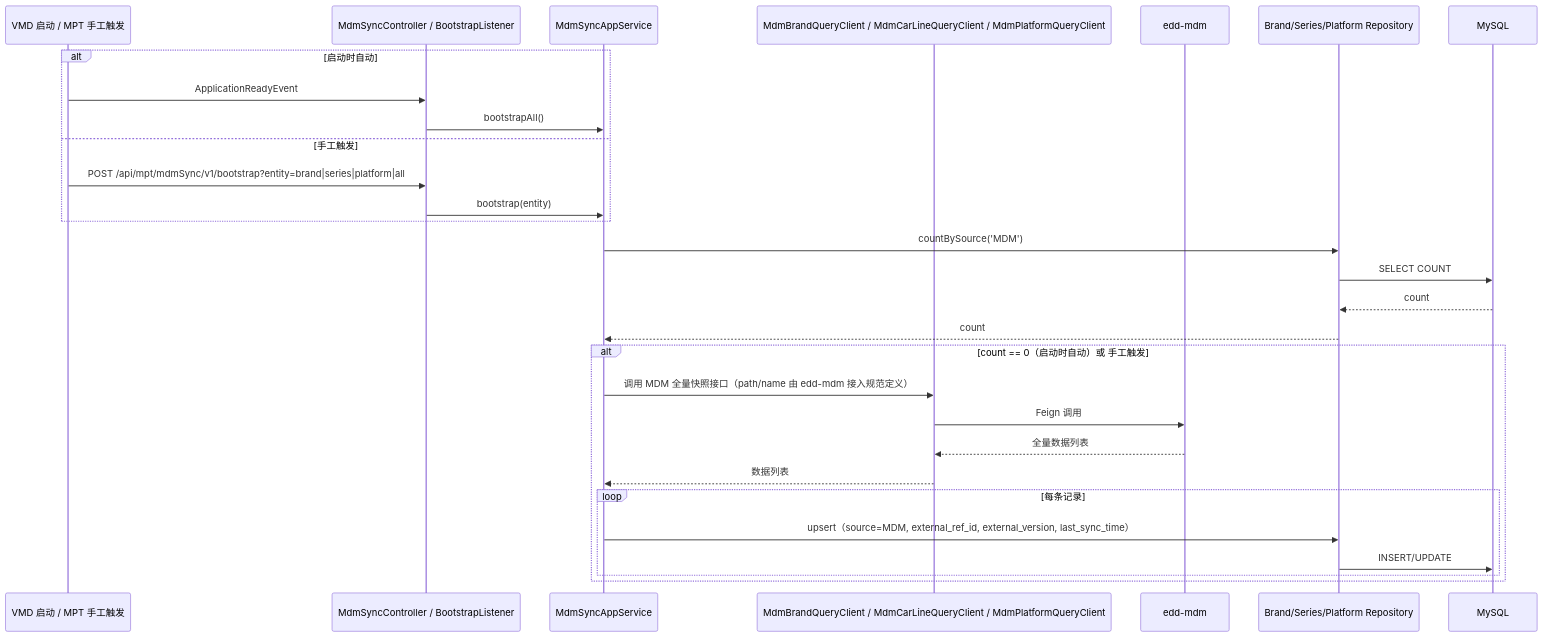
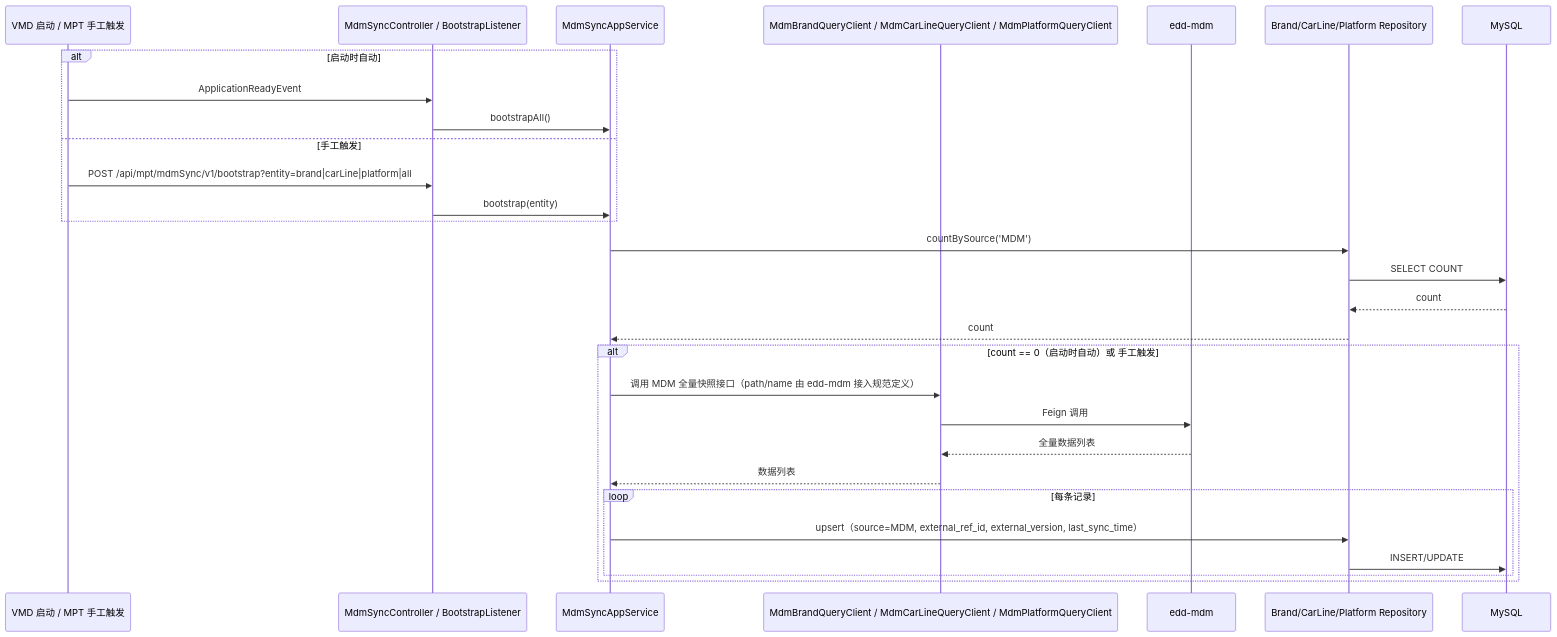
One commit to hwyzleo/iov-cloud-edd-vmd changed diagram 11 of 11 in specs/vehicle-master-data-platform/design.md. Above: the diagram before and after it, drawn with Mermaid. The commit also changed other lines of this file and 1 other file, not shown here.

Commit message:
docs: update requirements and design documents for series to carLine refactoring

````diff
--- a/specs/vehicle-master-data-platform/design.md
+++ b/specs/vehicle-master-data-platform/design.md
@@ -472,32 +472,32 @@
 ```mermaid
 sequenceDiagram
     participant VMD as VMD 启动 / MPT 手工触发
     participant C as MdmSyncController / BootstrapListener
     participant A as MdmSyncAppService
     participant FC as MdmBrandQueryClient / MdmCarLineQueryClient / MdmPlatformQueryClient
     participant MDM as edd-mdm
-    participant R as Brand/Series/Platform Repository
+    participant R as Brand/CarLine/Platform Repository
     participant DB as MySQL
 
     alt 启动时自动
         VMD->>C: ApplicationReadyEvent
         C->>A: bootstrapAll()
     else 手工触发
-        VMD->>C: POST /api/mpt/mdmSync/v1/bootstrap?entity=brand|series|platform|all
+        VMD->>C: POST /api/mpt/mdmSync/v1/bootstrap?entity=brand|carLine|platform|all
         C->>A: bootstrap(entity)
     end
     A->>R: countBySource('MDM')
     R->>DB: SELECT COUNT
     DB-->>R: count
     R-->>A: count
     alt count == 0（启动时自动）或 手工触发
         A->>FC: 调用 MDM 全量快照接口（path/name 由 edd-mdm 接入规范定义）
         FC->>MDM: Feign 调用
         MDM-->>FC: 全量数据列表
         FC-->>A: 数据列表
         loop 每条记录
             A->>R: upsert（source=MDM, external_ref_id, external_version, last_sync_time）
             R->>DB: INSERT/UPDATE
         end
     end
 ```
````
